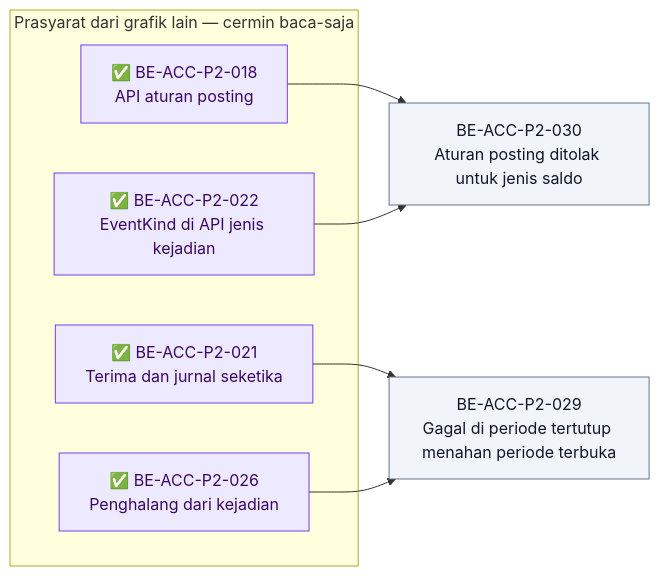
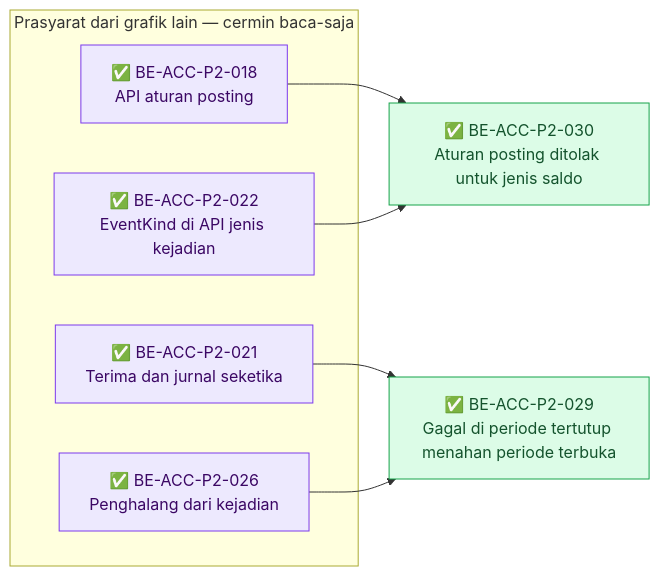
The fifth of 7 diagrams in docs/module-blueprints/accounting/roadmap/backend-roadmap-phase2.md (DevBenari/NewQuilvianSystemBackend), drawn with Mermaid before and after one commit. The commit also changed other lines of this file and 34 other files, not shown here.

````diff
--- a/docs/module-blueprints/accounting/roadmap/backend-roadmap-phase2.md
+++ b/docs/module-blueprints/accounting/roadmap/backend-roadmap-phase2.md
@@ -983,23 +995,23 @@
 ```mermaid
 flowchart LR
     classDef selesai fill:#DCFCE7,stroke:#16A34A,color:#14532D
     classDef sebagian fill:#FEF9C3,stroke:#CA8A04,color:#713F12
     classDef terblokir fill:#FEE2E2,stroke:#DC2626,color:#7F1D1D
     classDef belum fill:#F1F5F9,stroke:#64748B,color:#0F172A
     classDef luar fill:#EDE9FE,stroke:#7C3AED,color:#3B0764
 
     subgraph cermin4["Prasyarat dari grafik lain — cermin baca-saja"]
         MBEACCP2018["✅ BE-ACC-P2-018<br/>API aturan posting"]:::luar
         MBEACCP2021["✅ BE-ACC-P2-021<br/>Terima dan jurnal seketika"]:::luar
         MBEACCP2022["✅ BE-ACC-P2-022<br/>EventKind di API jenis kejadian"]:::luar
         MBEACCP2026["✅ BE-ACC-P2-026<br/>Penghalang dari kejadian"]:::luar
     end
 
-    BEACCP2029["BE-ACC-P2-029<br/>Gagal di periode tertutup menahan periode terbuka"]:::belum
-    BEACCP2030["BE-ACC-P2-030<br/>Aturan posting ditolak untuk jenis saldo"]:::belum
+    BEACCP2029["✅ BE-ACC-P2-029<br/>Gagal di periode tertutup menahan periode terbuka"]:::selesai
+    BEACCP2030["✅ BE-ACC-P2-030<br/>Aturan posting ditolak untuk jenis saldo"]:::selesai
 
     MBEACCP2021 --> BEACCP2029
     MBEACCP2026 --> BEACCP2029
     MBEACCP2018 --> BEACCP2030
     MBEACCP2022 --> BEACCP2030
 ```
````
